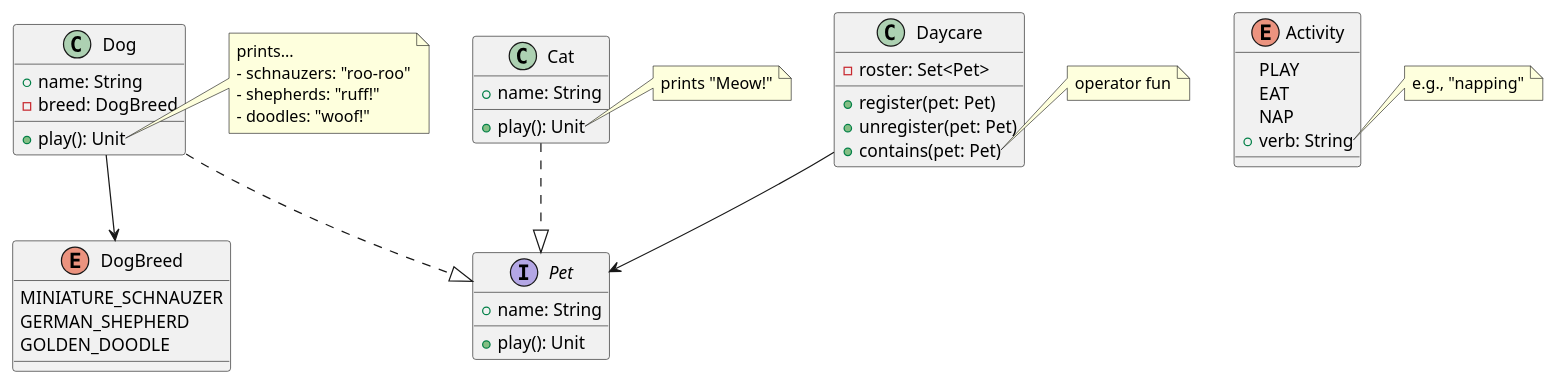
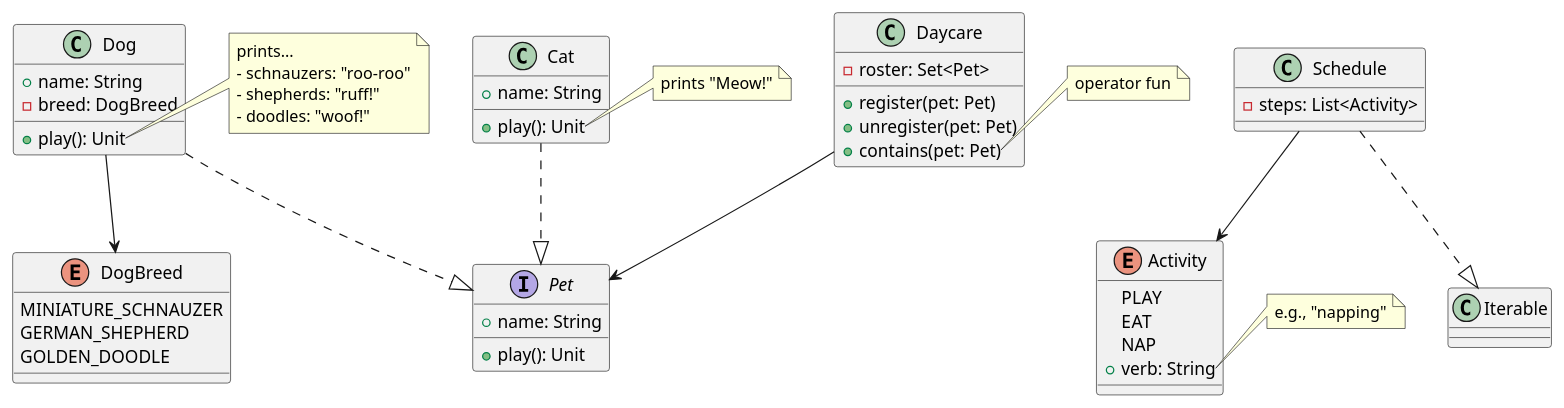
The diagram in uml/ClassDiagram.puml (typealias-studios/video-2025-03-junie-uml), drawn with PlantUML before and after one commit. The commit also changed 1 other file, not shown here.

Commit message:
Add Schedule

```diff
--- a/uml/ClassDiagram.puml
+++ b/uml/ClassDiagram.puml
@@ -1,59 +1,65 @@
 @startuml
 together {
     interface Pet {
       + name: String
       + play(): Unit
     }
 
     class Dog {
       + name: String
       - breed: DogBreed
       + play(): Unit
     }
     note right of Dog::play
       prints...
       - schnauzers: "roo-roo"
       - shepherds: "ruff!"
       - doodles: "woof!"
     end note
 
     enum DogBreed {
       MINIATURE_SCHNAUZER
       GERMAN_SHEPHERD
       GOLDEN_DOODLE
     }
 
     class Cat {
       + name: String
       + play(): Unit
     }
     note right of Cat::play
       prints "Meow!"
     end note
 }
 
 class Daycare {
   - roster: Set<Pet>
   + register(pet: Pet)
   + unregister(pet: Pet)
   + contains(pet: Pet)
 }
 note right of Daycare::contains
   operator fun
 end note
 
 enum Activity {
   PLAY
   EAT
   NAP
   + verb: String
 }
 note right of Activity::verb
   e.g., "napping"
 end note
 
+class Schedule {
+  - steps: List<Activity>
+}
+
 Dog ..|> Pet
 Cat ..|> Pet
 Dog --> DogBreed
 Daycare --> Pet
+Schedule --> Activity
+Schedule ..|> Iterable
 @enduml
```
